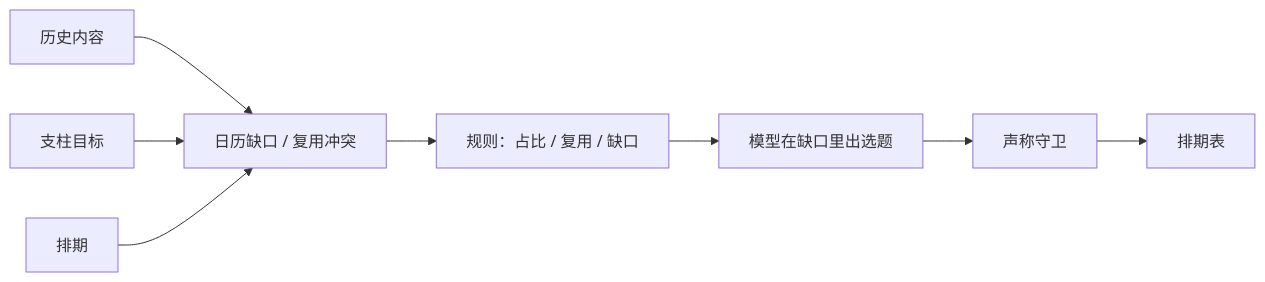
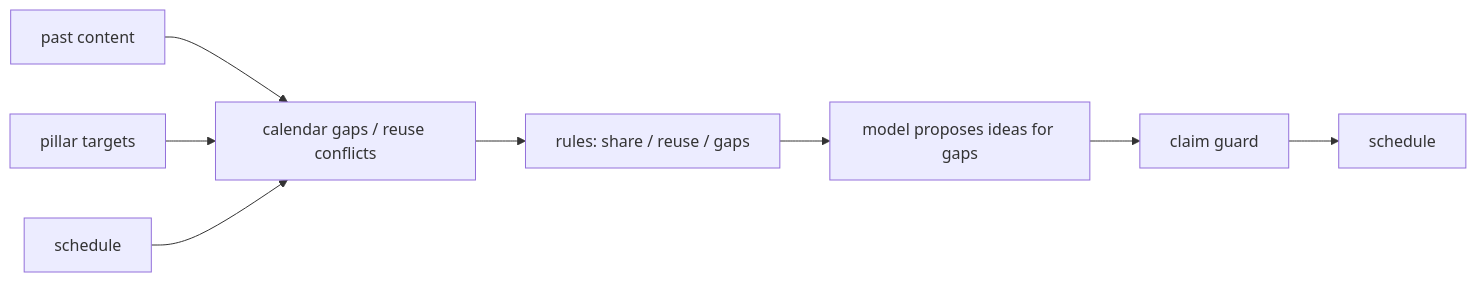
Before and after one commit to wushiyi105-jpg/draft: the diagram in README.en.md, drawn with Mermaid. The commit also changed other lines of this file and 4 other files, not shown here.

````diff
--- a/README.en.md
+++ b/README.en.md
@@ -65,10 +68,10 @@
 ```mermaid
 graph LR
-  A[历史内容] --> M[支柱占比]
-  B[支柱目标] --> M
-  C[排期] --> M[日历缺口 / 复用冲突]
-  M --> R[规则：占比 / 复用 / 缺口]
-  R --> P[模型在缺口里出选题]
-  P --> G[声称守卫]
-  G --> O[排期表]
+  A[past content] --> M[pillar share]
+  B[pillar targets] --> M
+  C[schedule] --> M[calendar gaps / reuse conflicts]
+  M --> R[rules: share / reuse / gaps]
+  R --> P[model proposes ideas for gaps]
+  P --> G[claim guard]
+  G --> O[schedule]
 ```
````
